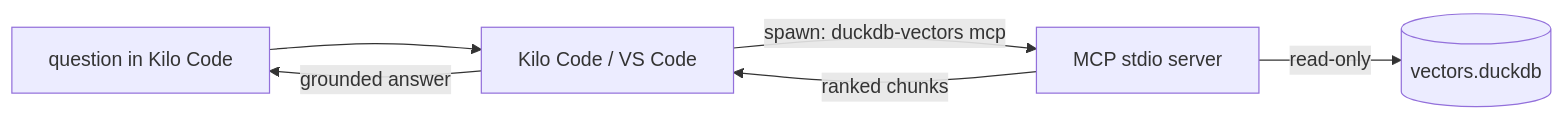
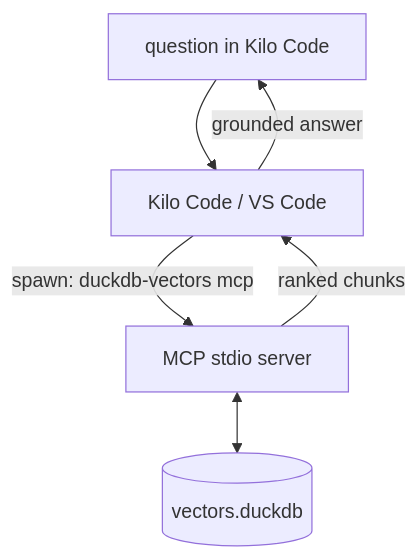
Before and after one commit to bernard357/duckdb-vectors: the diagram in documentation/setup-kilo-code-knowledge-base-procedure.md, drawn with Mermaid.

Commit message:
docs(kilo): make the MCP-to-DB arrow bidirectional in the diagram
Switch the Kilo Code knowledge-base diagram to top-down and show the MCP
server and DuckDB file with a bidirectional arrow instead of a read-only
one, anticipating the move to a writable store.

````diff
--- a/documentation/setup-kilo-code-knowledge-base-procedure.md
+++ b/documentation/setup-kilo-code-knowledge-base-procedure.md
@@ -7,8 +7,8 @@
 ```mermaid
-flowchart LR
+flowchart TD
     You[question in Kilo Code] --> Kilo[Kilo Code / VS Code]
     Kilo -->|spawn: duckdb-vectors mcp| MCP[MCP stdio server]
-    MCP -->|read-only| DB[(vectors.duckdb)]
+    MCP <--> DB[(vectors.duckdb)]
     MCP -->|ranked chunks| Kilo
     Kilo -->|grounded answer| You
 ```
````
